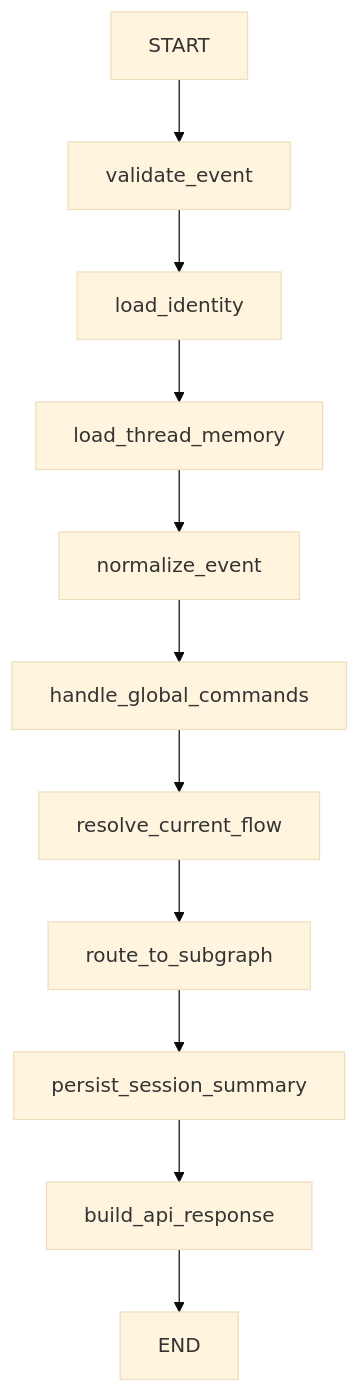
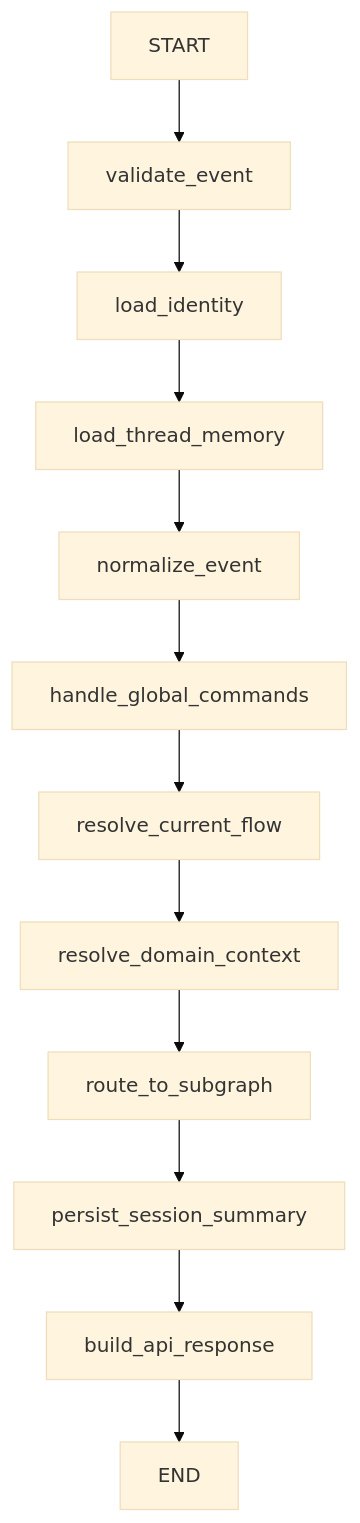
The first of 3 diagrams in docs/conversation-flows-v2.md (rogeriomind/IA_PMO), drawn with Mermaid (base theme) before and after one commit. The commit also changed other lines of this file and 27 other files, not shown here.

Commit message:
Align Board MCP domain context

````diff
--- a/docs/conversation-flows-v2.md
+++ b/docs/conversation-flows-v2.md
@@ -5,13 +5,14 @@
 ```mermaid
 flowchart TD
   START --> validate_event
   validate_event --> load_identity
   load_identity --> load_thread_memory
   load_thread_memory --> normalize_event
   normalize_event --> handle_global_commands
   handle_global_commands --> resolve_current_flow
-  resolve_current_flow --> route_to_subgraph
+  resolve_current_flow --> resolve_domain_context
+  resolve_domain_context --> route_to_subgraph
   route_to_subgraph --> persist_session_summary
   persist_session_summary --> build_api_response
   build_api_response --> END
 ```
````
